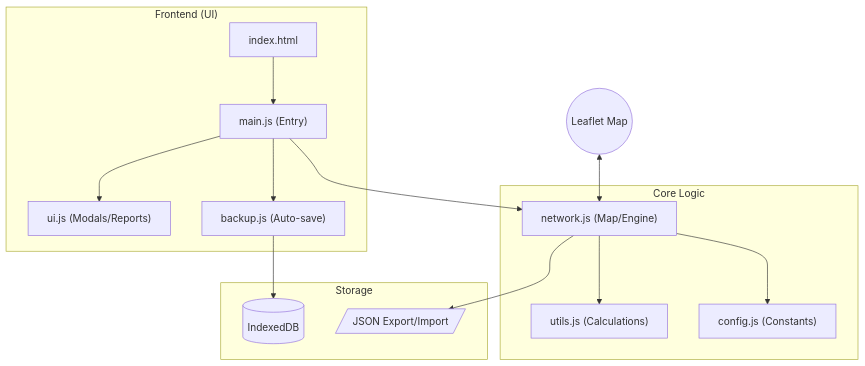
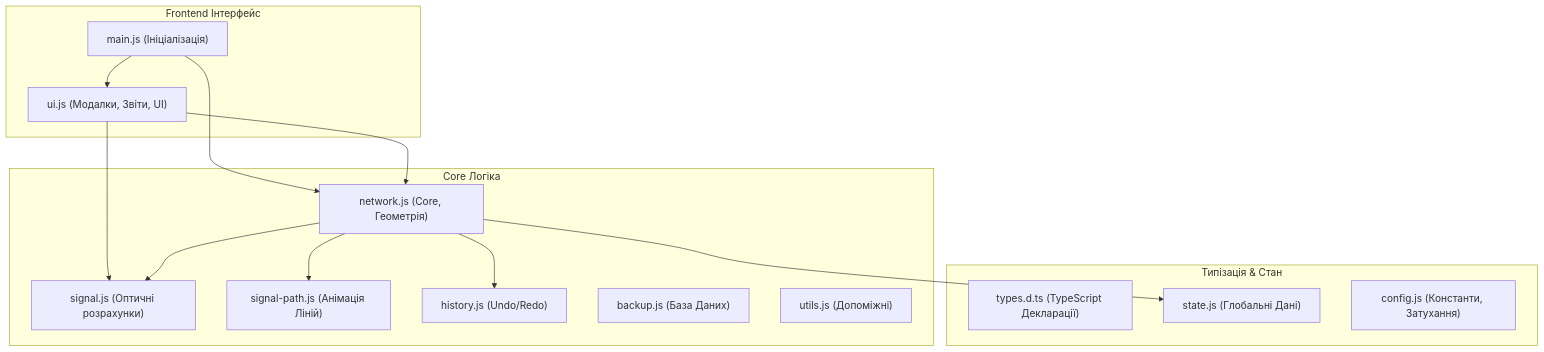
One commit to Shchensnevych/pon-network-designer changed the diagram in pon-app/DOCUMENTATION.md. Above: the diagram before and after it, drawn with Mermaid. The commit also changed other lines of this file and 1 other file, not shown here.

````diff
--- a/pon-app/DOCUMENTATION.md
+++ b/pon-app/DOCUMENTATION.md
@@ -13,21 +65,31 @@
 ```mermaid
 graph TD
-    subgraph "Frontend (UI)"
-        index["index.html"] --> main["main.js (Entry)"]
-        main --> ui["ui.js (Modals/Reports)"]
-        main --> backups["backup.js (Auto-save)"]
+    subgraph "Типізація & Стан"
+        types["types.d.ts (TypeScript Декларації)"]
+        state["state.js (Глобальні Дані)"]
+        config["config.js (Константи, Затухання)"]
     end
 
-    subgraph "Core Logic"
-        main --> network["network.js (Map/Engine)"]
-        network --> utils["utils.js (Calculations)"]
-        network --> config["config.js (Constants)"]
+    subgraph "Core Логіка"
+        network["network.js (Core, Геометрія)"]
+        signal["signal.js (Оптичні розрахунки)"]
+        visuals["signal-path.js (Анімація Ліній)"]
+        history["history.js (Undo/Redo)"]
+        backup["backup.js (База Даних)"]
+        utils["utils.js (Допоміжні)"]
     end
 
-    subgraph "Storage"
-        backups --> IndexedDB[(IndexedDB)]
-        network --> JSON[/JSON Export/Import/]
+    subgraph "Frontend Інтерфейс"
+        main["main.js (Ініціалізація)"]
+        ui["ui.js (Модалки, Звіти, UI)"]
     end
 
-    Leaflet((Leaflet Map)) <--> network
+    main --> ui
+    main --> network
+    ui --> network
+    ui --> signal
+    network --> signal
+    network --> history
+    network --> visuals
+    network --> state
 ```
````
